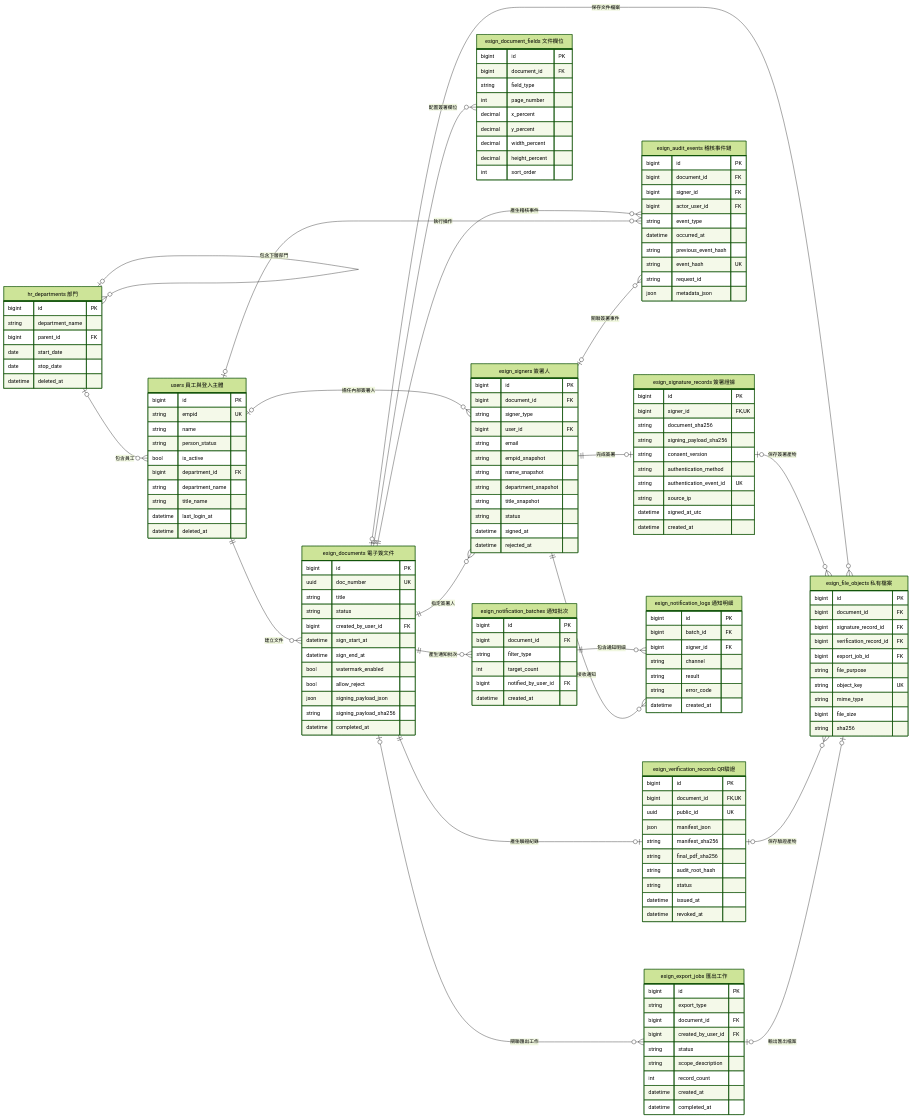
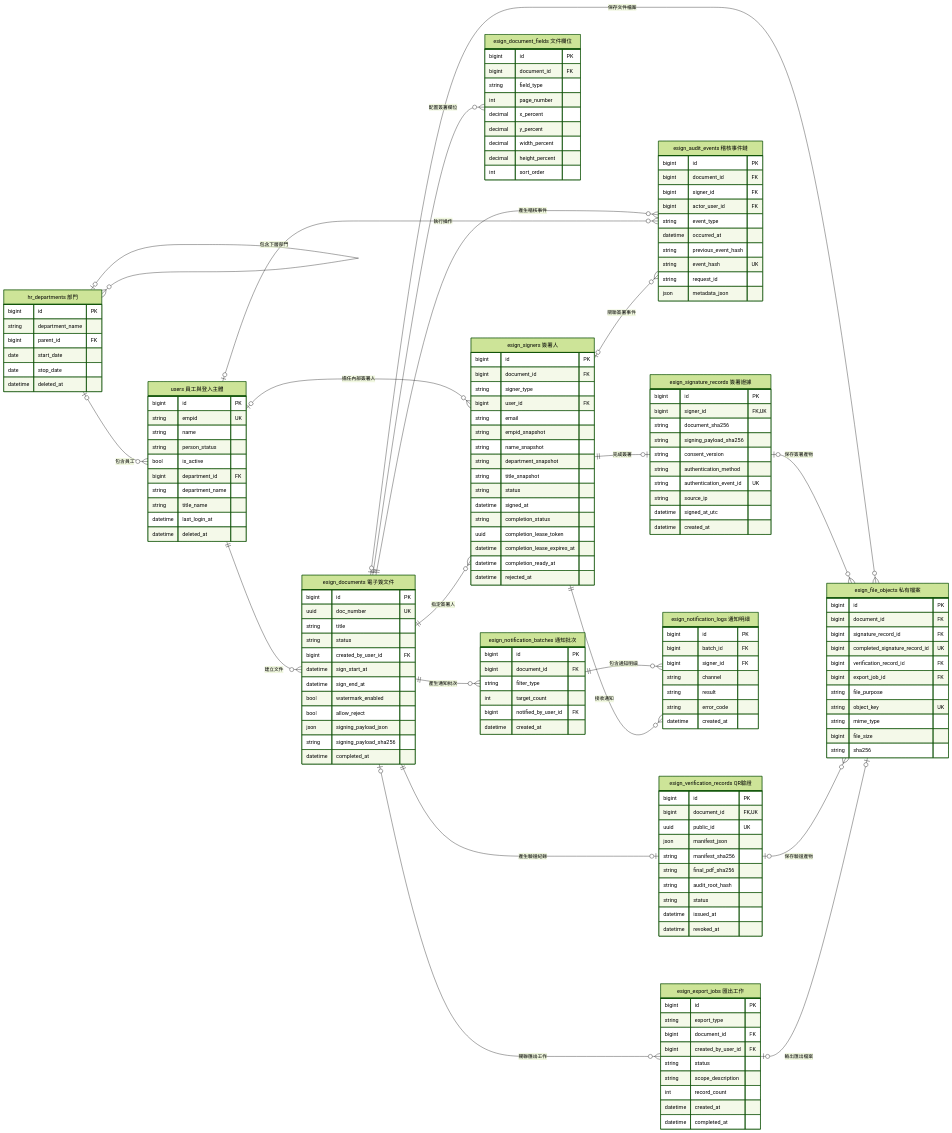
The diagram in server/docs/internal-electronic-signature-er-model.md (Eat2024/feastogether_intranet), drawn with Mermaid (forest theme) before and after one commit. The commit also changed other lines of this file and 126 other files, not shown here.

```diff
--- a/server/docs/internal-electronic-signature-er-model.md
+++ b/server/docs/internal-electronic-signature-er-model.md
@@ -93,6 +93,10 @@
         string title_snapshot
         string status
         datetime signed_at
+        string completion_status
+        uuid completion_lease_token
+        datetime completion_lease_expires_at
+        datetime completion_ready_at
         datetime rejected_at
     }
 
@@ -113,6 +117,7 @@
         bigint id PK
         bigint document_id FK
         bigint signature_record_id FK
+        bigint completed_signature_record_id UK
         bigint verification_record_id FK
         bigint export_job_id FK
         string file_purpose
```
